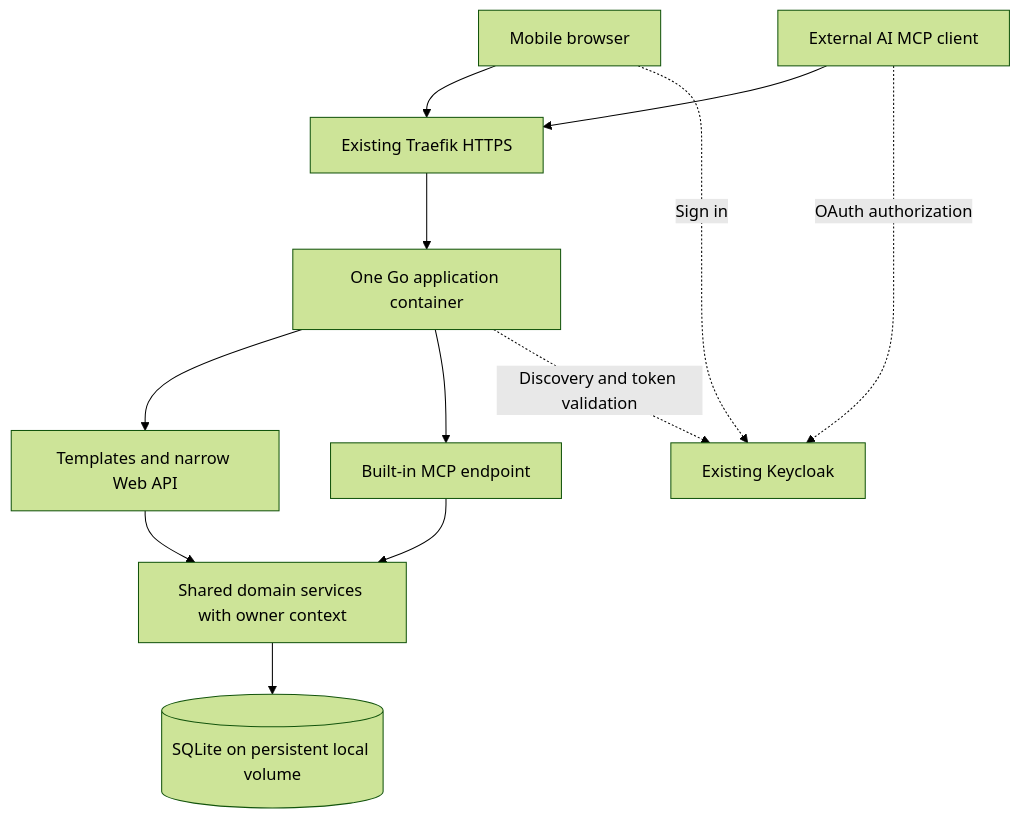
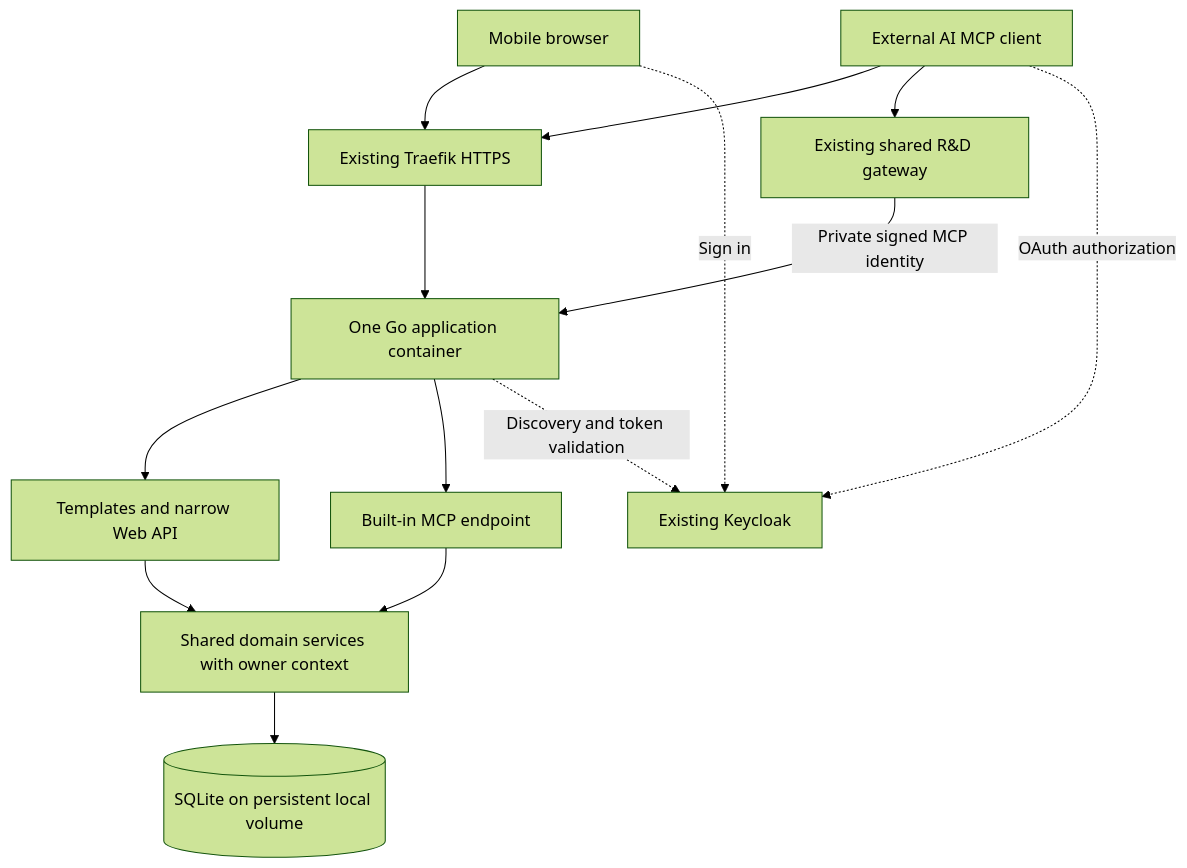
One commit to VVivid/vvivid-workspace changed the diagram in AgentShoppingList/ARCHITECTURE.md. Above: the diagram before and after it, drawn with Mermaid (forest theme). The commit also changed other lines of this file and 40 other files, not shown here.

````diff
--- a/AgentShoppingList/ARCHITECTURE.md
+++ b/AgentShoppingList/ARCHITECTURE.md
@@ -7,14 +7,16 @@
 ```mermaid
 flowchart TD
   Browser[Mobile browser] --> Proxy[Existing Traefik HTTPS]
   Agent[External AI MCP client] --> Proxy
+  Agent --> Gateway[Existing shared R&D gateway]
+  Gateway -->|Private signed MCP identity| App
   Proxy --> App[One Go application container]
   App --> Web[Templates and narrow Web API]
   App --> MCP[Built-in MCP endpoint]
   Web --> Domain[Shared domain services with owner context]
   MCP --> Domain
   Domain --> DB[(SQLite on persistent local volume)]
   Browser -. Sign in .-> KC[Existing Keycloak]
   Agent -. OAuth authorization .-> KC
   App -. Discovery and token validation .-> KC
 ```
````
